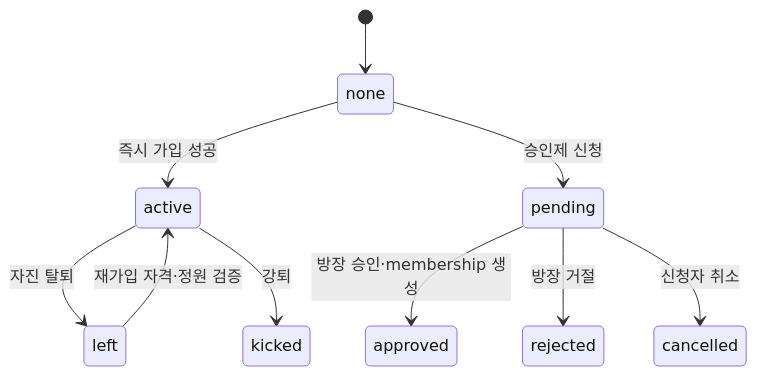
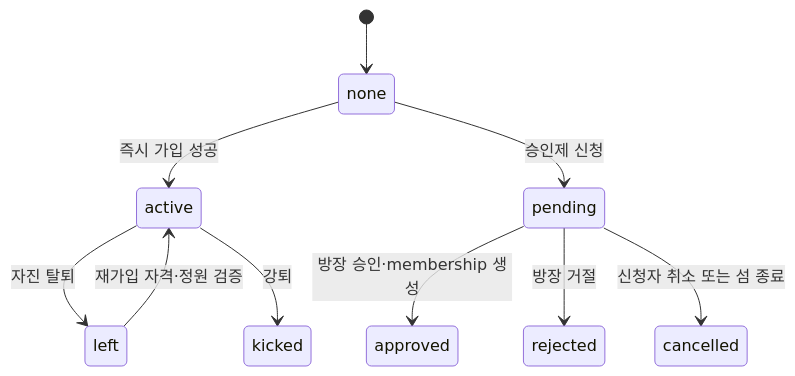
Before and after one commit to OneOrThree/phone: the second of 3 diagrams in docs/prd/island-membership/high-level-design.md, drawn with Mermaid. The commit also changed other lines of this file and 6 other files, not shown here.

````diff
--- a/docs/prd/island-membership/high-level-design.md
+++ b/docs/prd/island-membership/high-level-design.md
@@ -34,12 +34,12 @@
 ```mermaid
 stateDiagram-v2
     [*] --> none
     none --> active: 즉시 가입 성공
     none --> pending: 승인제 신청
     pending --> approved: 방장 승인·membership 생성
     pending --> rejected: 방장 거절
-    pending --> cancelled: 신청자 취소
+    pending --> cancelled: 신청자 취소 또는 섬 종료
     active --> left: 자진 탈퇴
     active --> kicked: 강퇴
     left --> active: 재가입 자격·정원 검증
 ```
````
